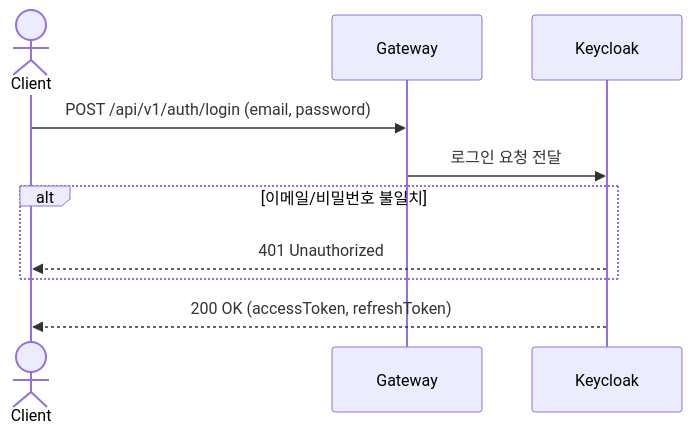
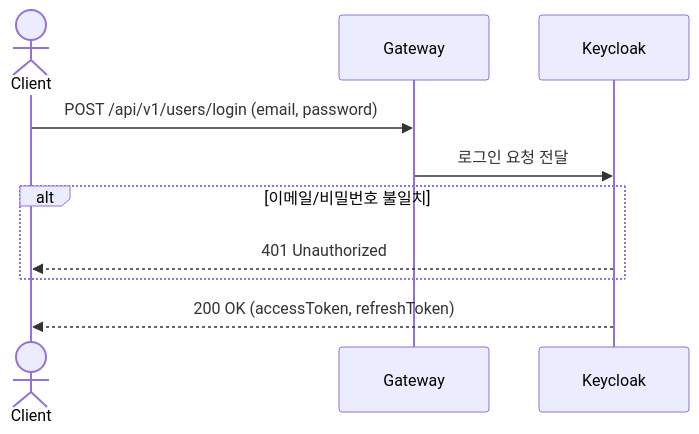
The second of 20 diagrams in docs/08.sequence.md (OMC-2/OMC), drawn with Mermaid before and after one commit. The commit also changed other lines of this file and 5 other files, not shown here.

````diff
--- a/docs/08.sequence.md
+++ b/docs/08.sequence.md
@@ -43,13 +43,13 @@
 ```mermaid
 sequenceDiagram
     actor Client
     participant Gateway
     participant Keycloak
 
-    Client->>Gateway: POST /api/v1/auth/login (email, password)
+    Client->>Gateway: POST /api/v1/users/login (email, password)
     Gateway->>Keycloak: 로그인 요청 전달
     alt 이메일/비밀번호 불일치
         Keycloak-->>Client: 401 Unauthorized
     end
     Keycloak-->>Client: 200 OK (accessToken, refreshToken)
 ```
````
